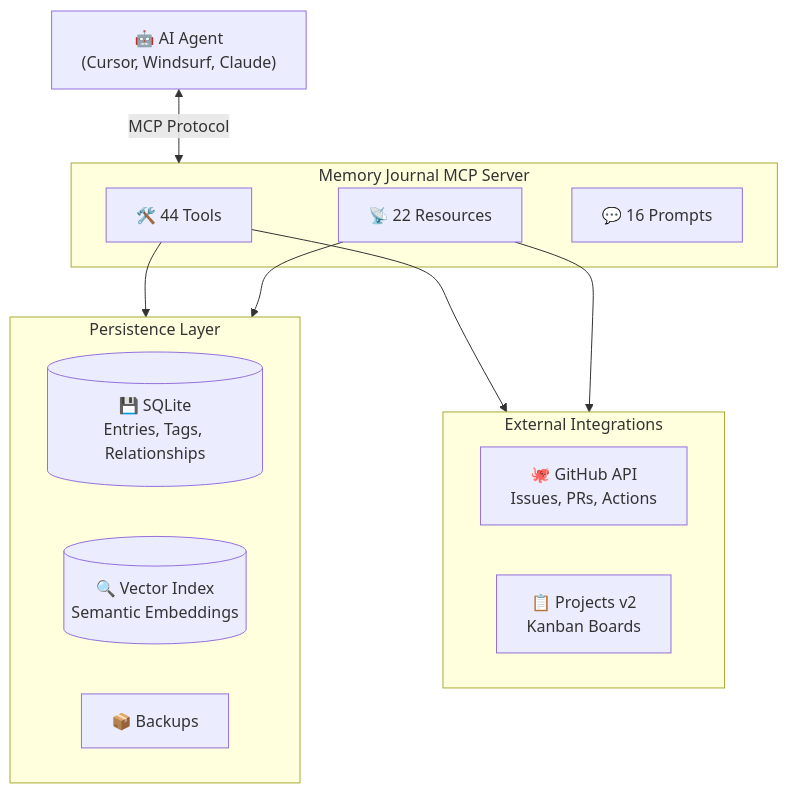
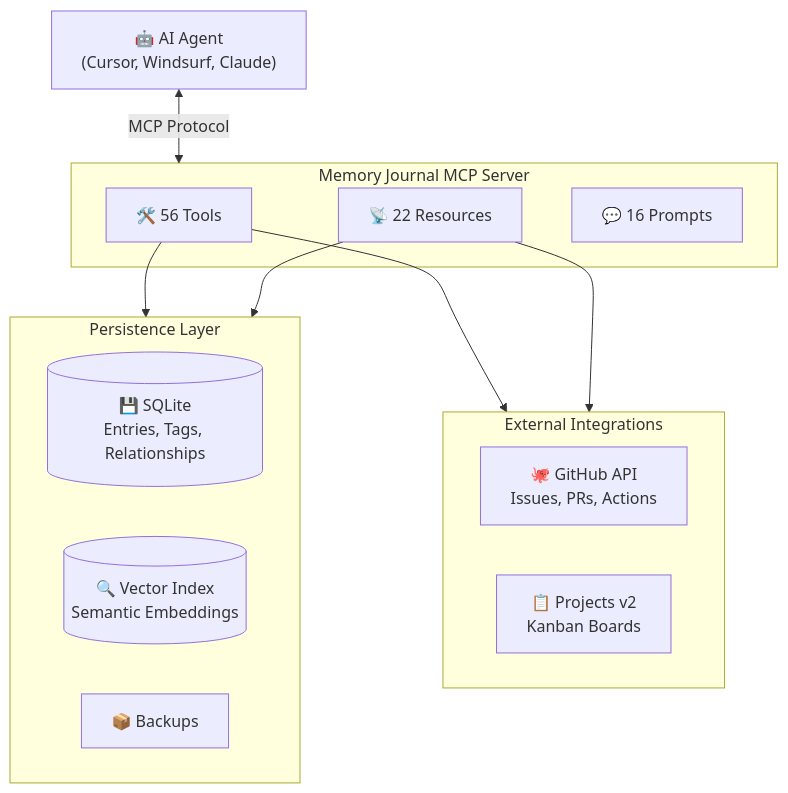
Before and after one commit to neverinfamous/memory-journal-mcp: the second of 2 diagrams in README.md, drawn with Mermaid. The commit also changed other lines of this file and 25 other files, not shown here.

````diff
--- a/README.md
+++ b/README.md
@@ -562,27 +562,27 @@
 ```mermaid
 flowchart TB
     AI["🤖 AI Agent<br/>(Cursor, Windsurf, Claude)"]
 
     subgraph MCP["Memory Journal MCP Server"]
-        Tools["🛠️ 44 Tools"]
+        Tools["🛠️ 56 Tools"]
         Resources["📡 22 Resources"]
         Prompts["💬 16 Prompts"]
     end
 
     subgraph Storage["Persistence Layer"]
         SQLite[("💾 SQLite<br/>Entries, Tags, Relationships")]
         Vector[("🔍 Vector Index<br/>Semantic Embeddings")]
         Backups["📦 Backups"]
     end
 
     subgraph External["External Integrations"]
         GitHub["🐙 GitHub API<br/>Issues, PRs, Actions"]
         Kanban["📋 Projects v2<br/>Kanban Boards"]
     end
 
     AI <-->|"MCP Protocol"| MCP
     Tools --> Storage
     Tools --> External
     Resources --> Storage
     Resources --> External
 ```
````
